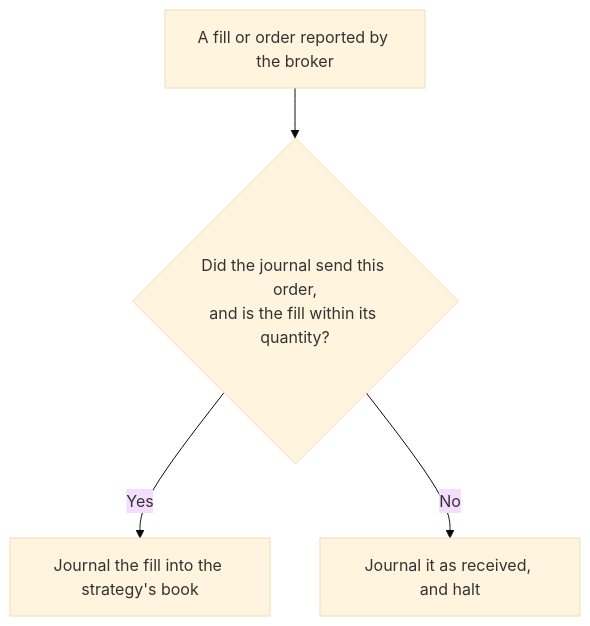
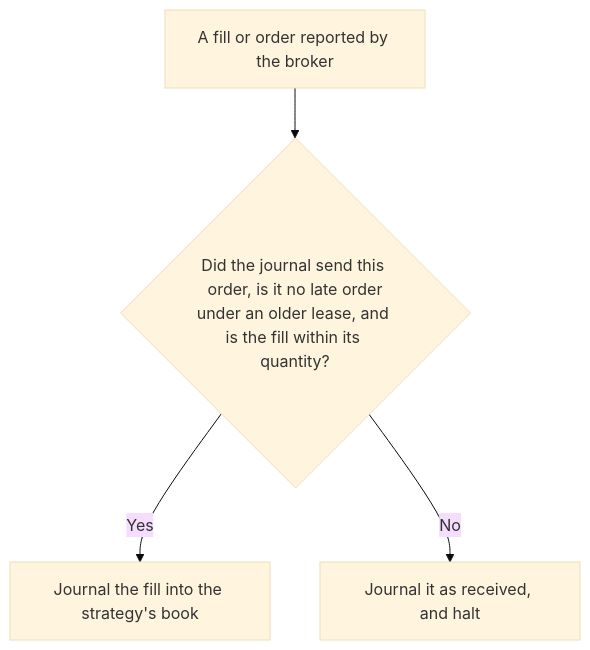
Before and after one commit to l3a0/ithildin-runtime: diagram 13 of 33 in docs/architecture.md, drawn with Mermaid (base theme). The commit also changed other lines of this file and 2 other files, not shown here.

````diff
--- a/docs/architecture.md
+++ b/docs/architecture.md
@@ -773,6 +785,6 @@
 ```mermaid
 flowchart TD
-    fill["A fill or order reported by the broker"] --> sent{"Did the journal send this order,<br/>and is the fill within its quantity?"}
+    fill["A fill or order reported by the broker"] --> sent{"Did the journal send this order, is it no late order<br/>under an older lease, and is the fill within its quantity?"}
     sent -- "Yes" --> book["Journal the fill into the strategy's book"]
     sent -- "No" --> halt["Journal it as received, and halt"]
 ```
````
